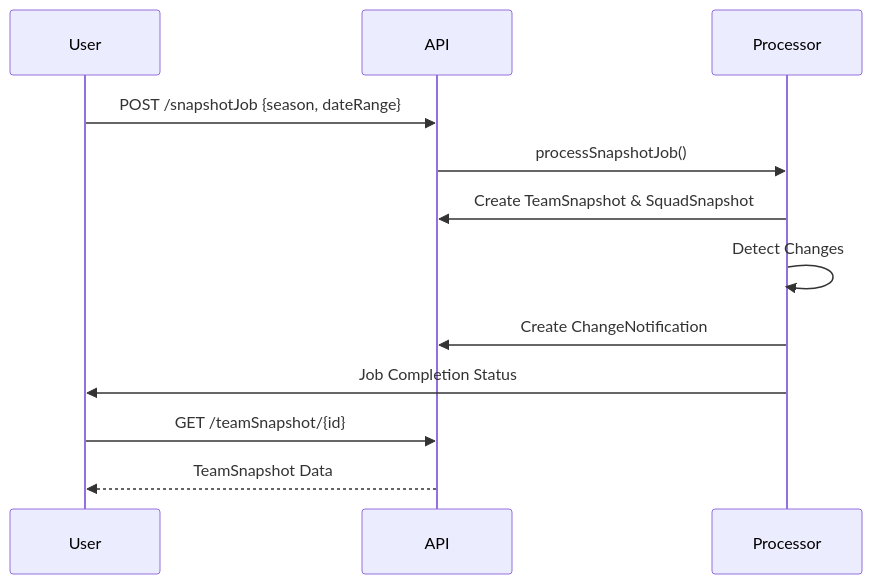
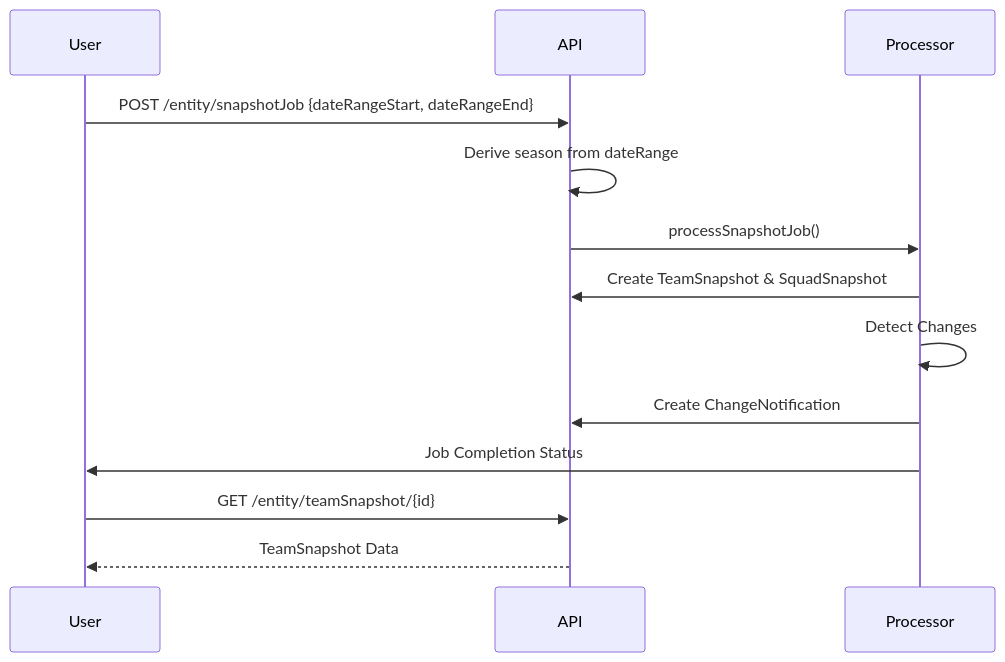
One commit to Cyoda-platform/java-client-template changed the third of 3 diagrams in src/main/java/com/java_template/prototype/functional_requirement.md. Above: the diagram before and after it, drawn with Mermaid. The commit also changed other lines of this file and 18 other files, not shown here.

````diff
--- a/src/main/java/com/java_template/prototype/functional_requirement.md
+++ b/src/main/java/com/java_template/prototype/functional_requirement.md
@@ -158,15 +184,16 @@
 ```mermaid
 sequenceDiagram
     participant User
     participant API
     participant Processor
 
-    User->>API: POST /snapshotJob {season, dateRange}
+    User->>API: POST /entity/snapshotJob {dateRangeStart, dateRangeEnd}
+    API->>API: Derive season from dateRange
     API->>Processor: processSnapshotJob()
     Processor->>API: Create TeamSnapshot & SquadSnapshot
     Processor->>Processor: Detect Changes
     Processor->>API: Create ChangeNotification
     Processor->>User: Job Completion Status
-    User->>API: GET /teamSnapshot/{id}
+    User->>API: GET /entity/teamSnapshot/{id}
     API-->>User: TeamSnapshot Data
 ```
````
